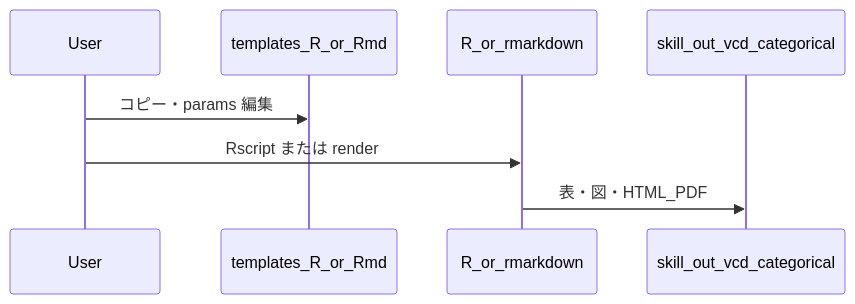
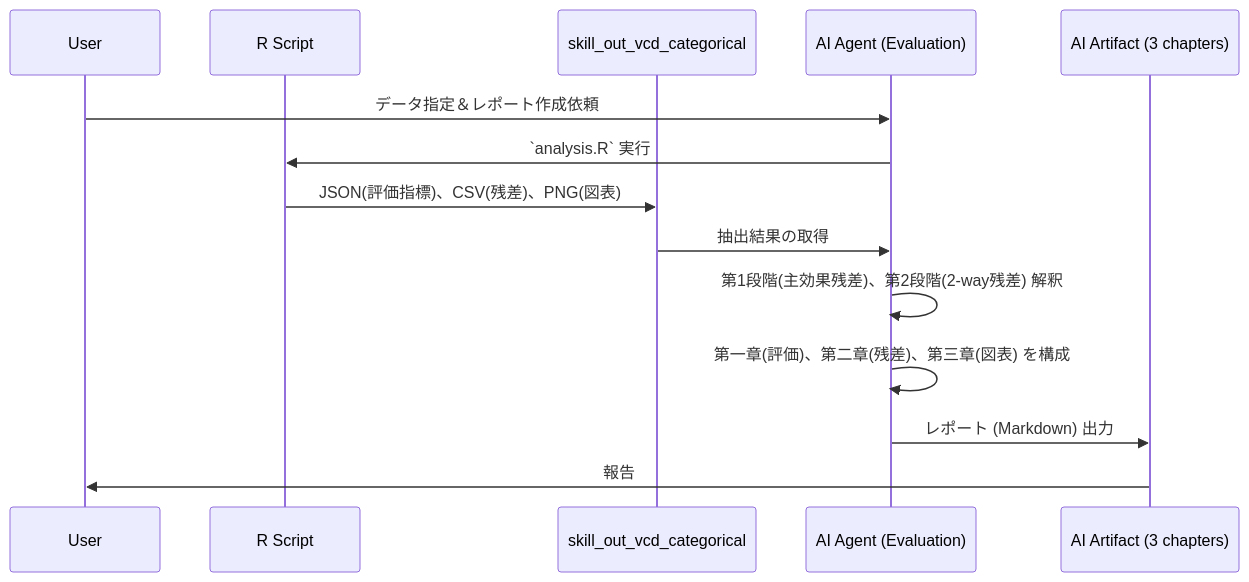
Before and after one commit to syrius2000/rwd-mysql-skill-toolkit: the diagram in .agent/skills/vcd-categorical-analysis/references/workflow.md, drawn with Mermaid. The commit also changed 9 other files, not shown here.

First line of the commit message:
feat: vcd-ai-evaluation-report spec (CC-SDD) + steering bootstrap + skill AI pipeline refactor

````diff
--- a/.agent/skills/vcd-categorical-analysis/references/workflow.md
+++ b/.agent/skills/vcd-categorical-analysis/references/workflow.md
@@ -5,10 +5,17 @@
 ```mermaid
 sequenceDiagram
   participant User
-  participant Template as templates_R_or_Rmd
-  participant R as R_or_rmarkdown
+  participant R as R Script
   participant Out as skill_out_vcd_categorical
-  User->>Template: コピー・params 編集
-  User->>R: Rscript または render
-  R->>Out: 表・図・HTML_PDF
+  participant AI as AI Agent (Evaluation)
+  participant Report as AI Artifact (3 chapters)
+  
+  User->>AI: データ指定＆レポート作成依頼
+  AI->>R: `analysis.R` 実行
+  R->>Out: JSON(評価指標)、CSV(残差)、PNG(図表)
+  Out->>AI: 抽出結果の取得
+  AI->>AI: 第1段階(主効果残差)、第2段階(2-way残差) 解釈
+  AI->>AI: 第一章(評価)、第二章(残差)、第三章(図表) を構成
+  AI->>Report: レポート (Markdown) 出力
+  Report->>User: 報告
 ```
````
